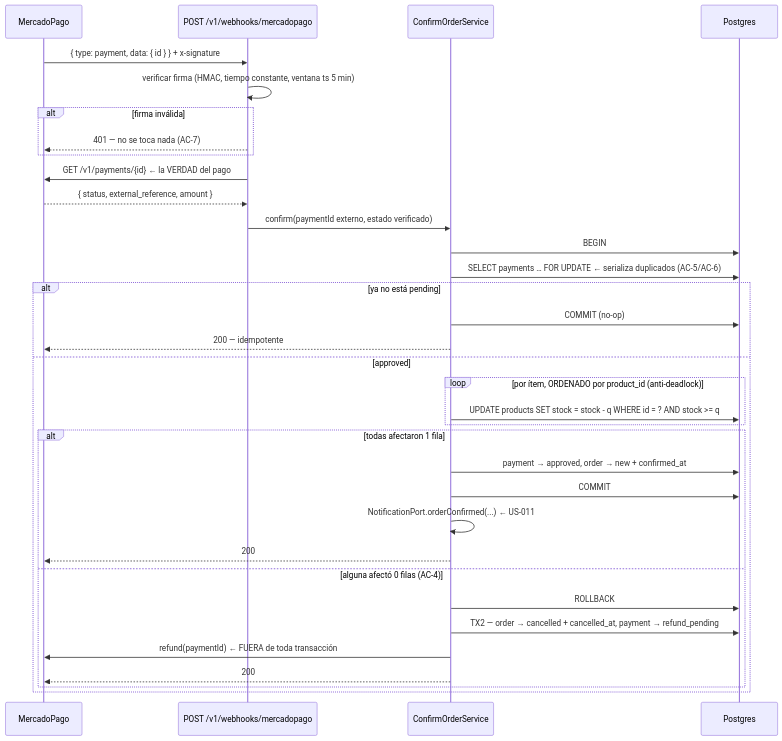
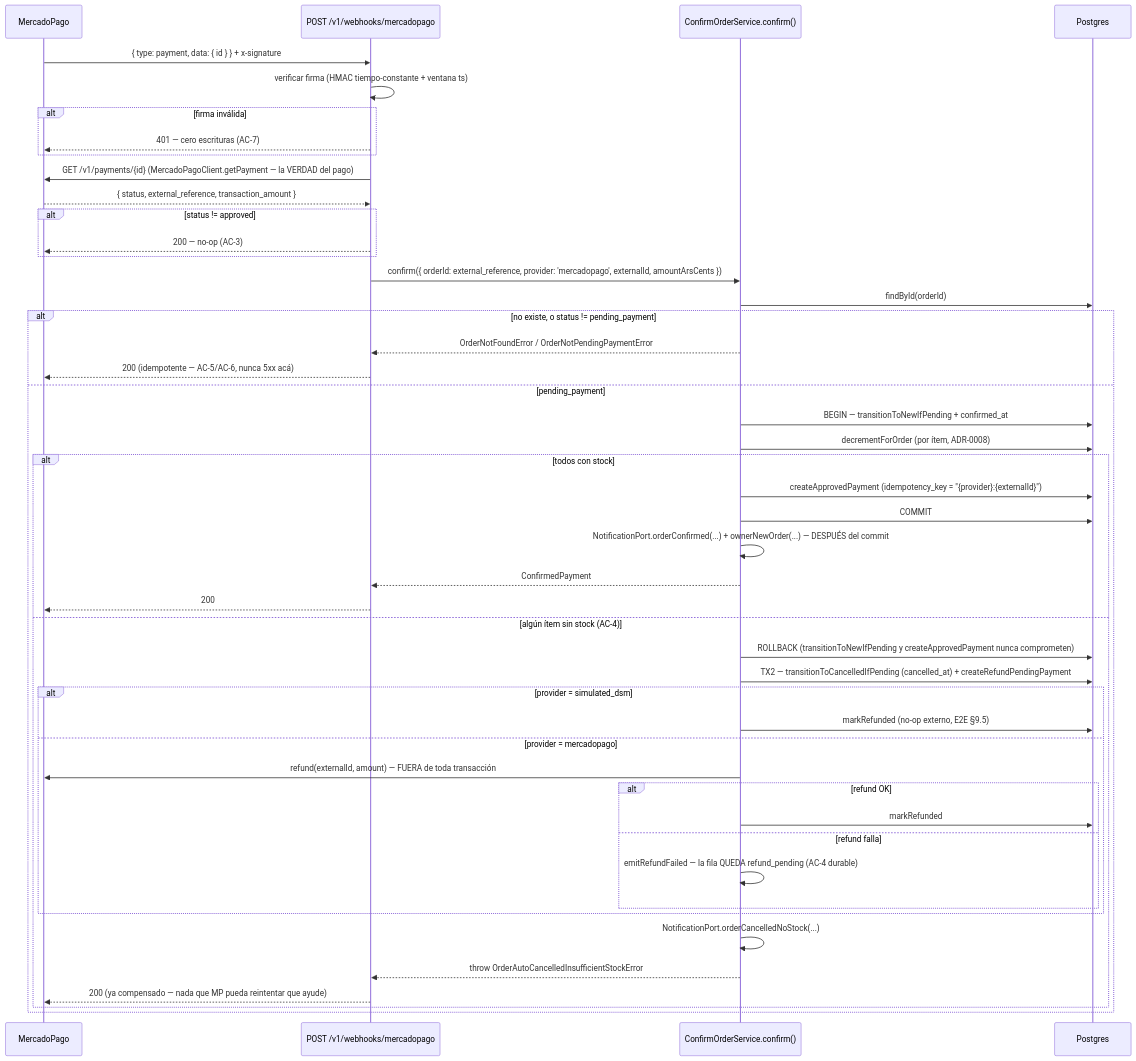
One commit to gabogosp/AI4Devs-finalproject changed the diagram in openspec/changes/US-010-orden-webhook-stock-backend/design.md. Above: the diagram before and after it, drawn with Mermaid. The commit also changed other lines of this file and 10 other files, not shown here.

````diff
--- a/openspec/changes/US-010-orden-webhook-stock-backend/design.md
+++ b/openspec/changes/US-010-orden-webhook-stock-backend/design.md
@@ -44,36 +113,49 @@
 ```mermaid
 sequenceDiagram
     participant MP as MercadoPago
     participant W as POST /v1/webhooks/mercadopago
-    participant C as ConfirmOrderService
+    participant C as ConfirmOrderService.confirm()
     participant DB as Postgres
     MP->>W: { type: payment, data: { id } } + x-signature
-    W->>W: verificar firma (HMAC, tiempo constante, ventana ts 5 min)
+    W->>W: verificar firma (HMAC tiempo-constante + ventana ts)
     alt firma inválida
-        W-->>MP: 401 — no se toca nada (AC-7)
+        W-->>MP: 401 — cero escrituras (AC-7)
     end
-    W->>MP: GET /v1/payments/{id}   ← la VERDAD del pago
-    MP-->>W: { status, external_reference, amount }
-    W->>C: confirm(paymentId externo, estado verificado)
-    C->>DB: BEGIN
-    C->>DB: SELECT payments … FOR UPDATE   ← serializa duplicados (AC-5/AC-6)
-    alt ya no está pending
-        C->>DB: COMMIT (no-op)
-        C-->>MP: 200 — idempotente
-    else approved
-        loop por ítem, ORDENADO por product_id (anti-deadlock)
-            C->>DB: UPDATE products SET stock = stock - q WHERE id = ? AND stock >= q
-        end
-        alt todas afectaron 1 fila
-            C->>DB: payment → approved, order → new + confirmed_at
+    W->>MP: GET /v1/payments/{id}  (MercadoPagoClient.getPayment — la VERDAD del pago)
+    MP-->>W: { status, external_reference, transaction_amount }
+    alt status != approved
+        W-->>MP: 200 — no-op (AC-3)
+    end
+    W->>C: confirm({ orderId: external_reference, provider: 'mercadopago', externalId, amountArsCents })
+    C->>DB: findById(orderId)
+    alt no existe, o status != pending_payment
+        C-->>W: OrderNotFoundError / OrderNotPendingPaymentError
+        W-->>MP: 200 (idempotente — AC-5/AC-6, nunca 5xx acá)
+    else pending_payment
+        C->>DB: BEGIN — transitionToNewIfPending + confirmed_at
+        C->>DB: decrementForOrder (por ítem, ADR-0008)
+        alt todos con stock
+            C->>DB: createApprovedPayment (idempotency_key = "{provider}:{externalId}")
             C->>DB: COMMIT
-            C->>C: NotificationPort.orderConfirmed(...)  ← US-011
-            C-->>MP: 200
-        else alguna afectó 0 filas (AC-4)
-            C->>DB: ROLLBACK
-            C->>DB: TX2 — order → cancelled + cancelled_at, payment → refund_pending
-            C->>MP: refund(paymentId)   ← FUERA de toda transacción
-            C-->>MP: 200
+            C->>C: NotificationPort.orderConfirmed(...) + ownerNewOrder(...)  — DESPUÉS del commit
+            C-->>W: ConfirmedPayment
+            W-->>MP: 200
+        else algún ítem sin stock (AC-4)
+            C->>DB: ROLLBACK (transitionToNewIfPending y createApprovedPayment nunca comprometen)
+            C->>DB: TX2 — transitionToCancelledIfPending (cancelled_at) + createRefundPendingPayment
+            alt provider = simulated_dsm
+                C->>DB: markRefunded (no-op externo, E2E §9.5)
+            else provider = mercadopago
+                C->>MP: refund(externalId, amount)  — FUERA de toda transacción
+                alt refund OK
+                    C->>DB: markRefunded
+                else refund falla
+                    C->>C: emitRefundFailed — la fila QUEDA refund_pending (AC-4 durable)
+                end
+            end
+            C->>C: NotificationPort.orderCancelledNoStock(...)
+            C-->>W: throw OrderAutoCancelledInsufficientStockError
+            W-->>MP: 200 (ya compensado — nada que MP pueda reintentar que ayude)
         end
     end
 ```
````
